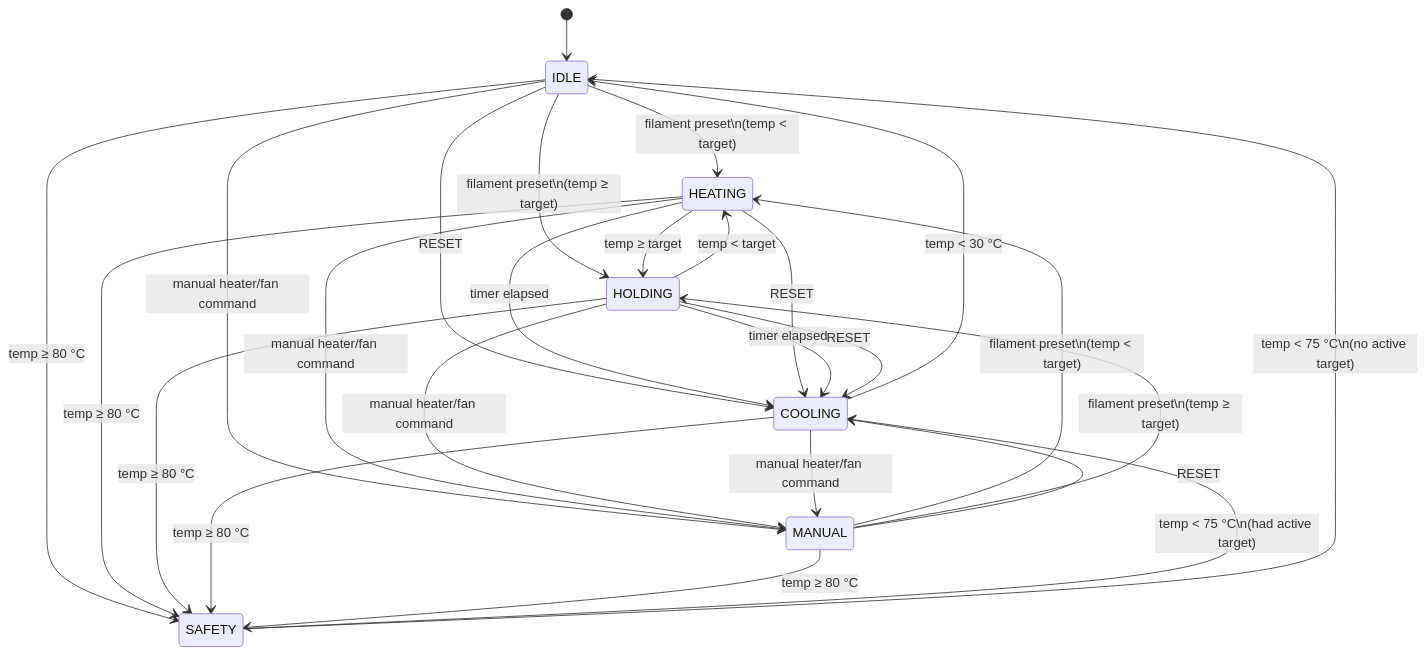
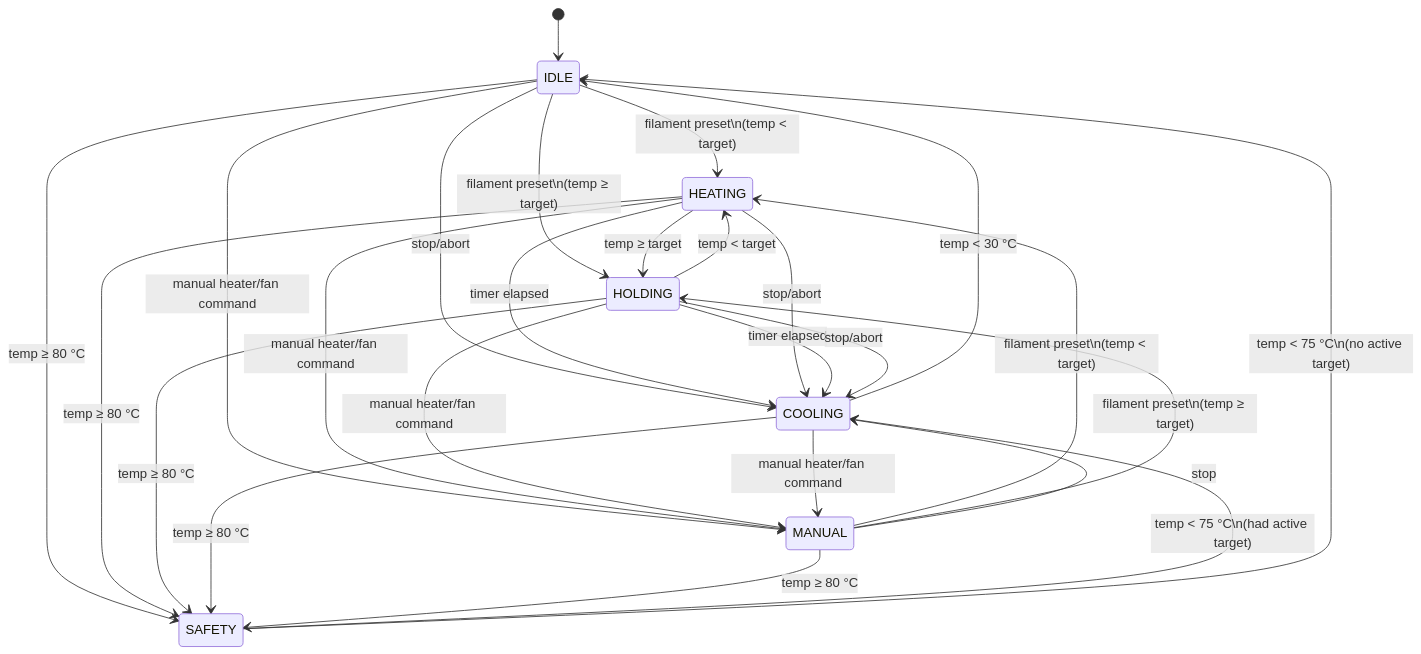
Before and after one commit to engineer-86/dryer-box: the diagram in README.md, drawn with Mermaid. The commit also changed other lines of this file and 7 other files, not shown here.

````diff
--- a/README.md
+++ b/README.md
@@ -138,35 +94,35 @@
 ```mermaid
 stateDiagram-v2
     [*] --> IDLE
 
     IDLE --> HEATING  : filament preset\n(temp < target)
     IDLE --> HOLDING  : filament preset\n(temp ≥ target)
     IDLE --> MANUAL   : manual heater/fan command
-    IDLE --> COOLING  : RESET
+    IDLE --> COOLING  : stop/abort
 
     HEATING --> HOLDING  : temp ≥ target
     HEATING --> COOLING  : timer elapsed
     HEATING --> MANUAL   : manual heater/fan command
-    HEATING --> COOLING  : RESET
+    HEATING --> COOLING  : stop/abort
 
     HOLDING --> HEATING  : temp < target
     HOLDING --> COOLING  : timer elapsed
     HOLDING --> MANUAL   : manual heater/fan command
-    HOLDING --> COOLING  : RESET
+    HOLDING --> COOLING  : stop/abort
 
     COOLING --> IDLE     : temp < 30 °C
     COOLING --> MANUAL   : manual heater/fan command
 
     MANUAL --> HEATING   : filament preset\n(temp < target)
     MANUAL --> HOLDING   : filament preset\n(temp ≥ target)
-    MANUAL --> COOLING   : RESET
+    MANUAL --> COOLING   : stop
 
     IDLE    --> SAFETY   : temp ≥ 80 °C
     HEATING --> SAFETY   : temp ≥ 80 °C
     HOLDING --> SAFETY   : temp ≥ 80 °C
     COOLING --> SAFETY   : temp ≥ 80 °C
     MANUAL  --> SAFETY   : temp ≥ 80 °C
 
     SAFETY --> COOLING   : temp < 75 °C\n(had active target)
     SAFETY --> IDLE      : temp < 75 °C\n(no active target)
 ```
````
